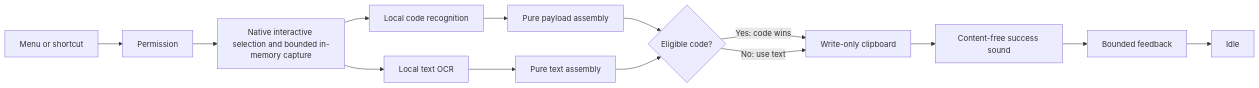
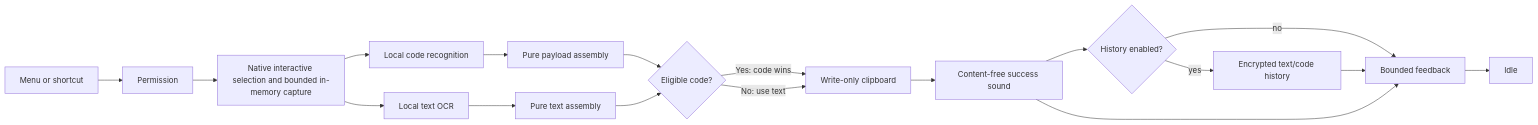
Before and after one commit to bennetthilberg/copylasso: the diagram in docs/architecture/capture-workflow.md, drawn with Mermaid. The commit also changed other lines of this file and 42 other files, not shown here.

````diff
--- a/docs/architecture/capture-workflow.md
+++ b/docs/architecture/capture-workflow.md
@@ -7,16 +7,20 @@
 ```mermaid
 flowchart LR
   Request["Menu or shortcut"] --> Permission["Permission"]
   Permission --> Capture["Native interactive selection and bounded in-memory capture"]
   Capture --> OCR["Local text OCR"]
   Capture --> Barcode["Local code recognition"]
   OCR --> Assembly["Pure text assembly"]
   Barcode --> CodeAssembly["Pure payload assembly"]
   CodeAssembly --> Precedence{"Eligible code?"}
   Assembly --> Precedence
   Precedence -->|"Yes: code wins"| Clipboard["Write-only clipboard"]
   Precedence -->|"No: use text"| Clipboard
   Clipboard --> Sound["Content-free success sound"]
+  Sound --> History{"History enabled?"}
+  History -->|"yes"| Encrypted["Encrypted text/code history"]
+  History -->|"no"| Feedback
+  Encrypted --> Feedback
   Sound --> Feedback["Bounded feedback"]
   Feedback --> Idle["Idle"]
 ```
````
